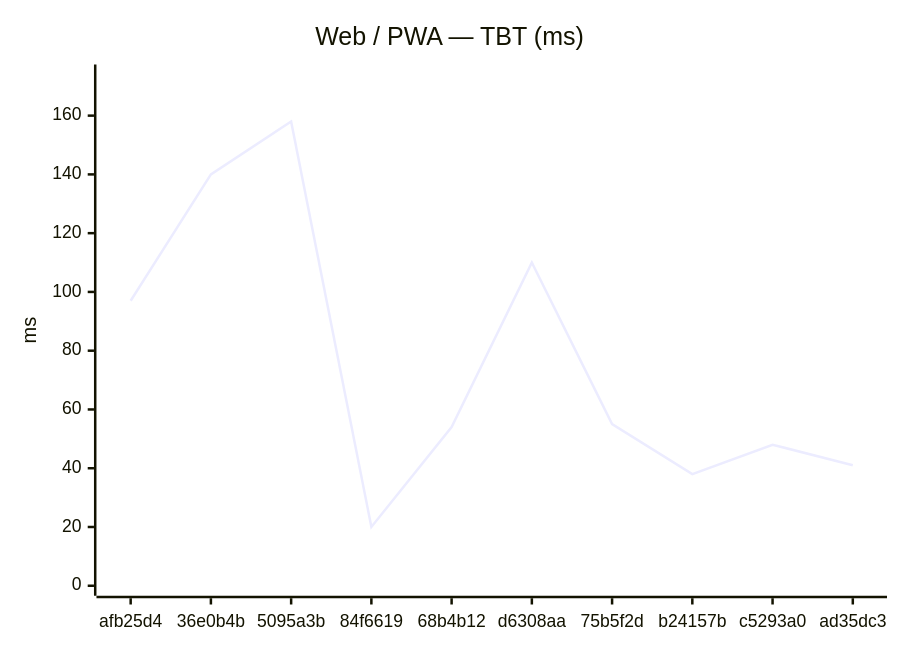
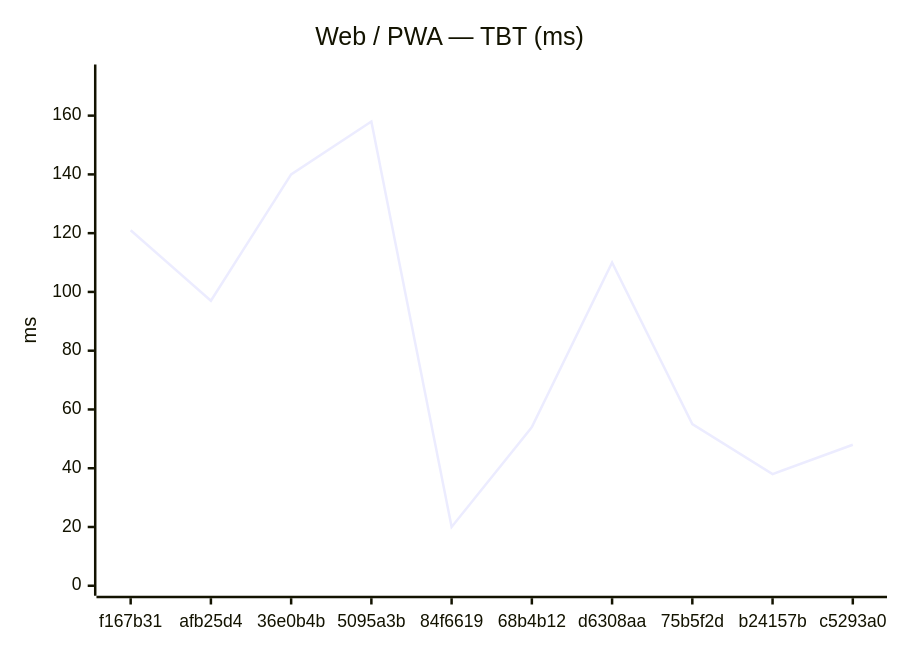
Before and after one commit to Metaheurist/Rianell: the second of 18 diagrams in benchmarks/compare.md, drawn with Mermaid. The commit also changed other lines of this file and 11 other files, not shown here.

````diff
--- a/benchmarks/compare.md
+++ b/benchmarks/compare.md
@@ -31,7 +31,7 @@
 ```mermaid
 xychart-beta
     title "Web / PWA — TBT (ms)"
-    x-axis ["afb25d4", "36e0b4b", "5095a3b", "84f6619", "68b4b12", "d6308aa", "75b5f2d", "b24157b", "c5293a0", "ad35dc3"]
+    x-axis ["f167b31", "afb25d4", "36e0b4b", "5095a3b", "84f6619", "68b4b12", "d6308aa", "75b5f2d", "b24157b", "c5293a0"]
     y-axis "ms" 0 --> 174
-    line [97, 140, 158, 20, 54, 110, 55, 38, 48, 41]
+    line [121, 97, 140, 158, 20, 54, 110, 55, 38, 48]
 ```
````
